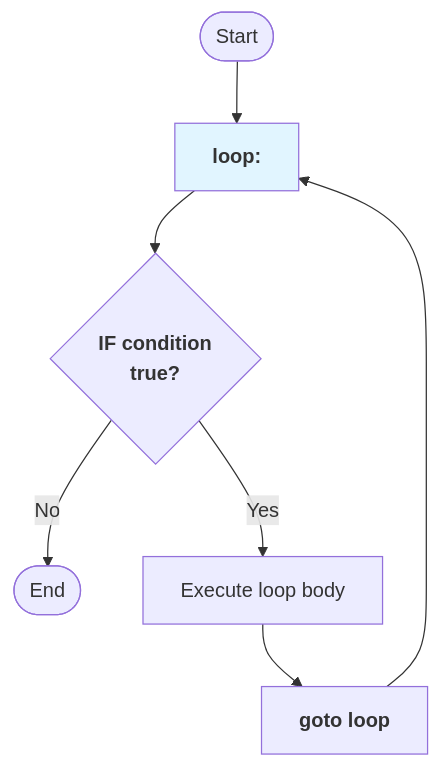
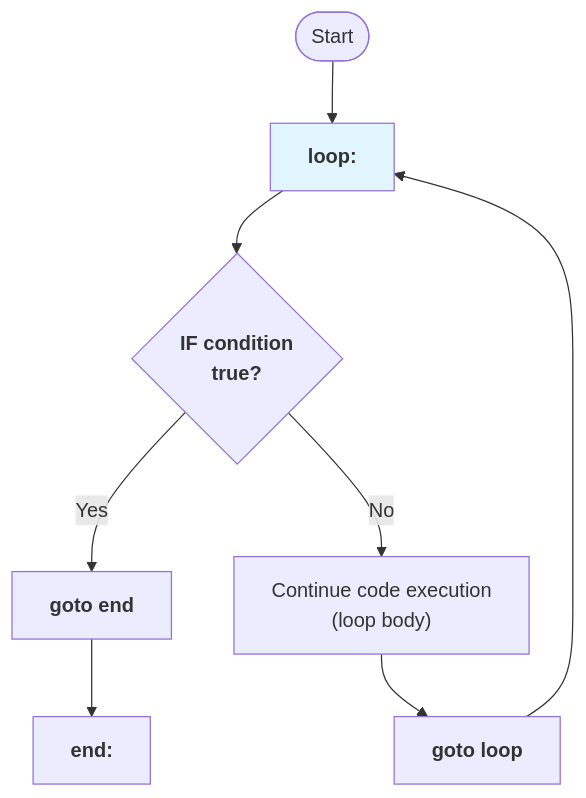
Before and after one commit to dietmaroelz/ProgrammingCourse-with-Julia-SimulationAnalysisAndLearningSystems: the sixth of 11 diagrams in quarto/lecture-unit-1.qmd, drawn with Mermaid. The commit also changed other lines of this file and 15 other files, not shown here.

````diff
--- a/quarto/lecture-unit-1.qmd
+++ b/quarto/lecture-unit-1.qmd
@@ -774,11 +788,12 @@
 ```{mermaid}
 %%{init: { 'flowchart': { 'scale': 0.7 } } }%%
 flowchart TD
     Start([Start]) --> Label["<b>loop:</b>"]
     Label --> Check{<b>IF condition<br/>true?</b>}
-    Check -->|No| End([End])
-    Check -->|Yes| Execute["Execute loop body"]
+    Check -->|Yes| End["<b>goto end</b>"] 
+    Check -->|No| Execute["Continue code execution<br>(loop body)"]
     Execute --> Goto["<b>goto loop</b>"]
     Goto --> Label
+    End --> Label2["<b>end:</b>"]
     style Label fill:#e1f5ff
 ```
````
